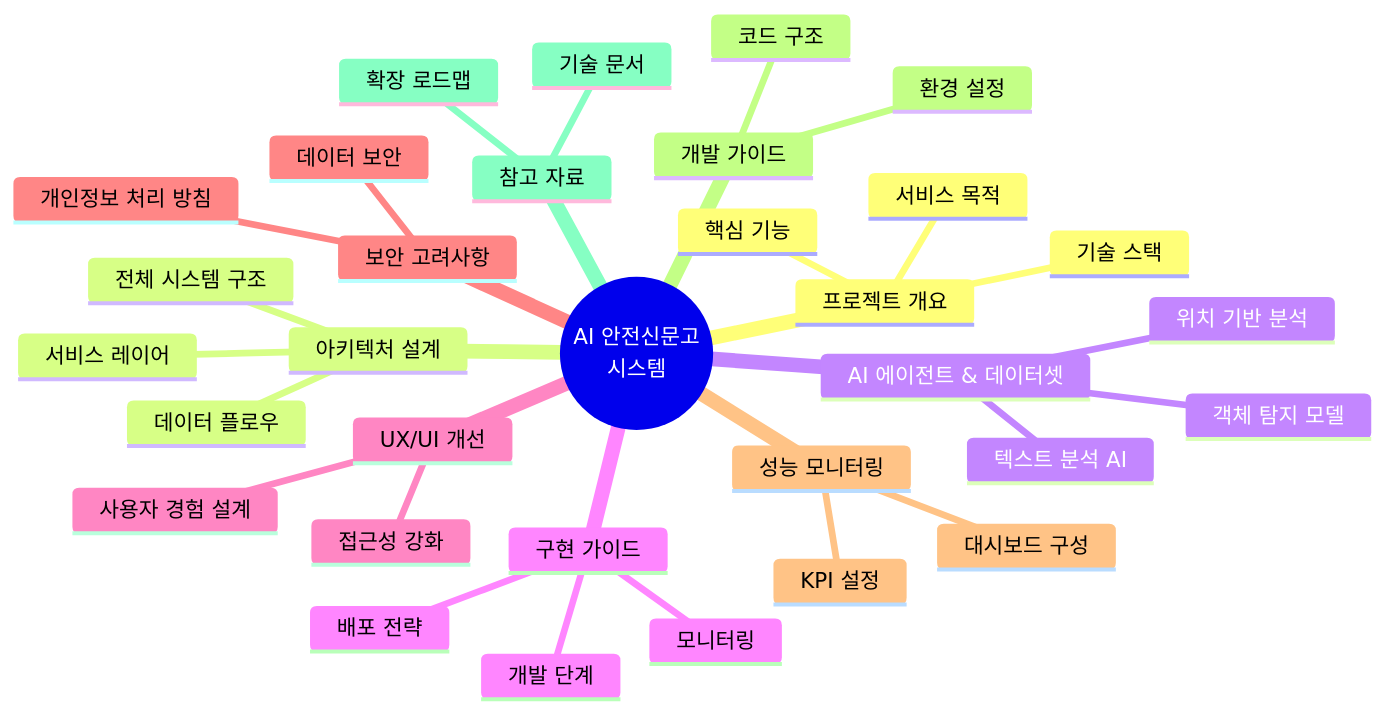
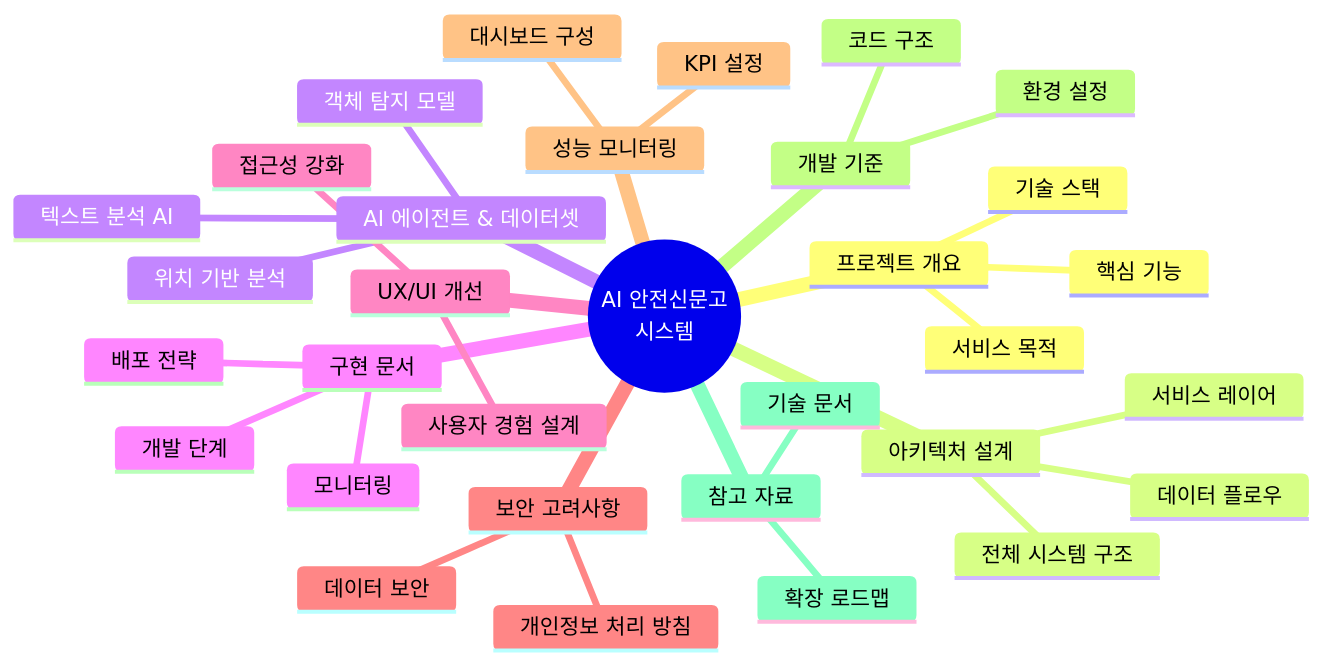
One commit to choisimo/document changed the first of 27 diagrams in content/archive/legacy/ObjectDetectionApp/structure-sw.md. Above: the diagram before and after it, drawn with Mermaid. The commit also changed other lines of this file and 432 other files, not shown here.

````diff
--- a/content/archive/legacy/ObjectDetectionApp/structure-sw.md
+++ b/content/archive/legacy/ObjectDetectionApp/structure-sw.md
@@ -21,35 +21,35 @@
 ```mermaid
 mindmap
   root((AI 안전신문고<br/>시스템))
     프로젝트 개요
       서비스 목적
       핵심 기능
       기술 스택
     아키텍처 설계
       전체 시스템 구조
       서비스 레이어
       데이터 플로우
     AI 에이전트 & 데이터셋
       객체 탐지 모델
       텍스트 분석 AI
       위치 기반 분석
-    구현 가이드
+    구현 문서
       개발 단계
       배포 전략
       모니터링
     UX/UI 개선
       사용자 경험 설계
       접근성 강화
     보안 고려사항
       데이터 보안
       개인정보 처리 방침
     성능 모니터링
       KPI 설정
       대시보드 구성
-    개발 가이드
+    개발 기준
       코드 구조
       환경 설정
     참고 자료
       기술 문서
       확장 로드맵
 ```
````
